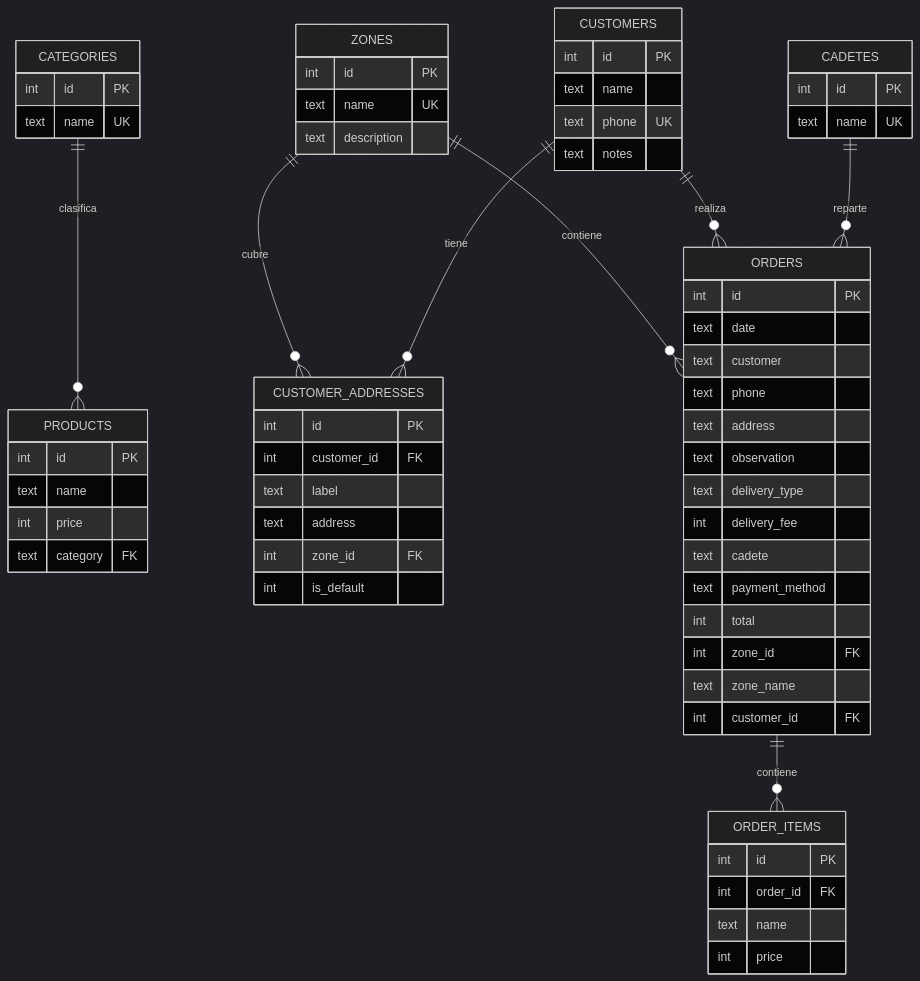
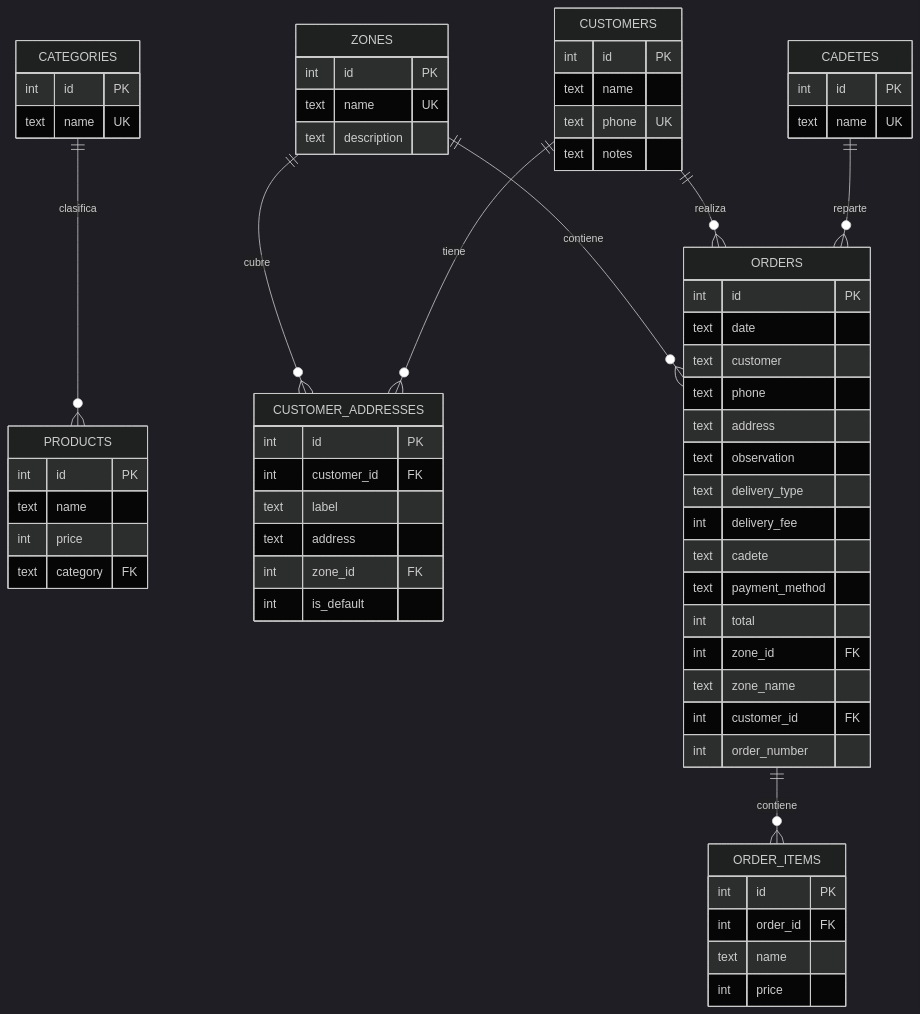
Before and after one commit to 1-santi/pizzeria-pos-system: the third of 3 diagrams in README.md, drawn with Mermaid (dark theme). The commit also changed other lines of this file and 9 other files, not shown here.

````diff
--- a/README.md
+++ b/README.md
@@ -405,73 +406,74 @@
 ```mermaid
 erDiagram
     CATEGORIES ||--o{ PRODUCTS : "clasifica"
     ZONES ||--o{ CUSTOMER_ADDRESSES : "cubre"
     ZONES ||--o{ ORDERS : "contiene"
     CUSTOMERS ||--o{ CUSTOMER_ADDRESSES : "tiene"
     CUSTOMERS ||--o{ ORDERS : "realiza"
     ORDERS ||--o{ ORDER_ITEMS : "contiene"
     CADETES ||--o{ ORDERS : "reparte"
 
     PRODUCTS {
         int id PK
         text name
         int price
         text category FK
     }
 
     CATEGORIES {
         int id PK
         text name UK
     }
 
     ZONES {
         int id PK
         text name UK
         text description
     }
 
     CUSTOMERS {
         int id PK
         text name
         text phone UK
         text notes
     }
 
     CUSTOMER_ADDRESSES {
         int id PK
         int customer_id FK
         text label
         text address
         int zone_id FK
         int is_default
     }
 
     ORDERS {
         int id PK
         text date
         text customer
         text phone
         text address
         text observation
         text delivery_type
         int delivery_fee
         text cadete
         text payment_method
         int total
         int zone_id FK
         text zone_name
         int customer_id FK
+        int order_number
     }
 
     ORDER_ITEMS {
         int id PK
         int order_id FK
         text name
         int price
     }
 
     CADETES {
         int id PK
         text name UK
     }
 ```
````
